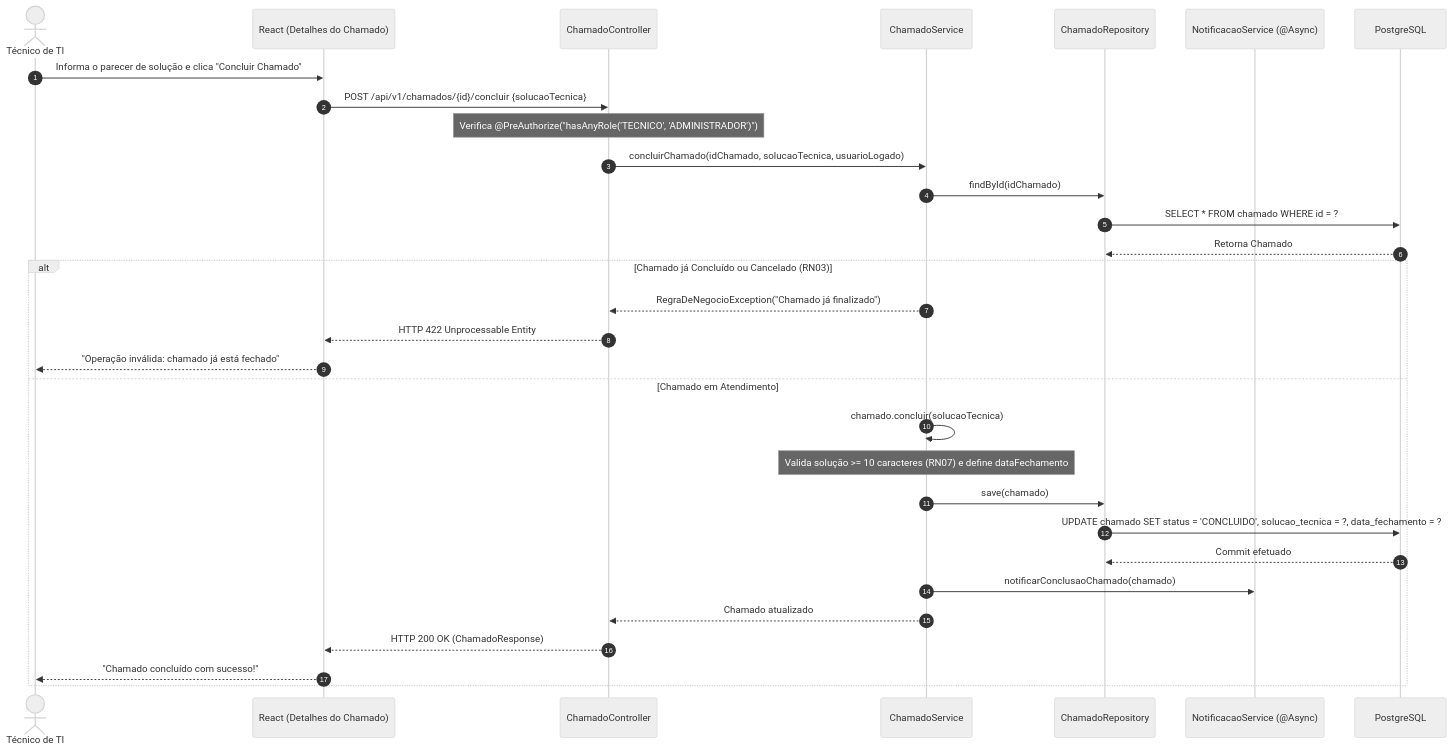
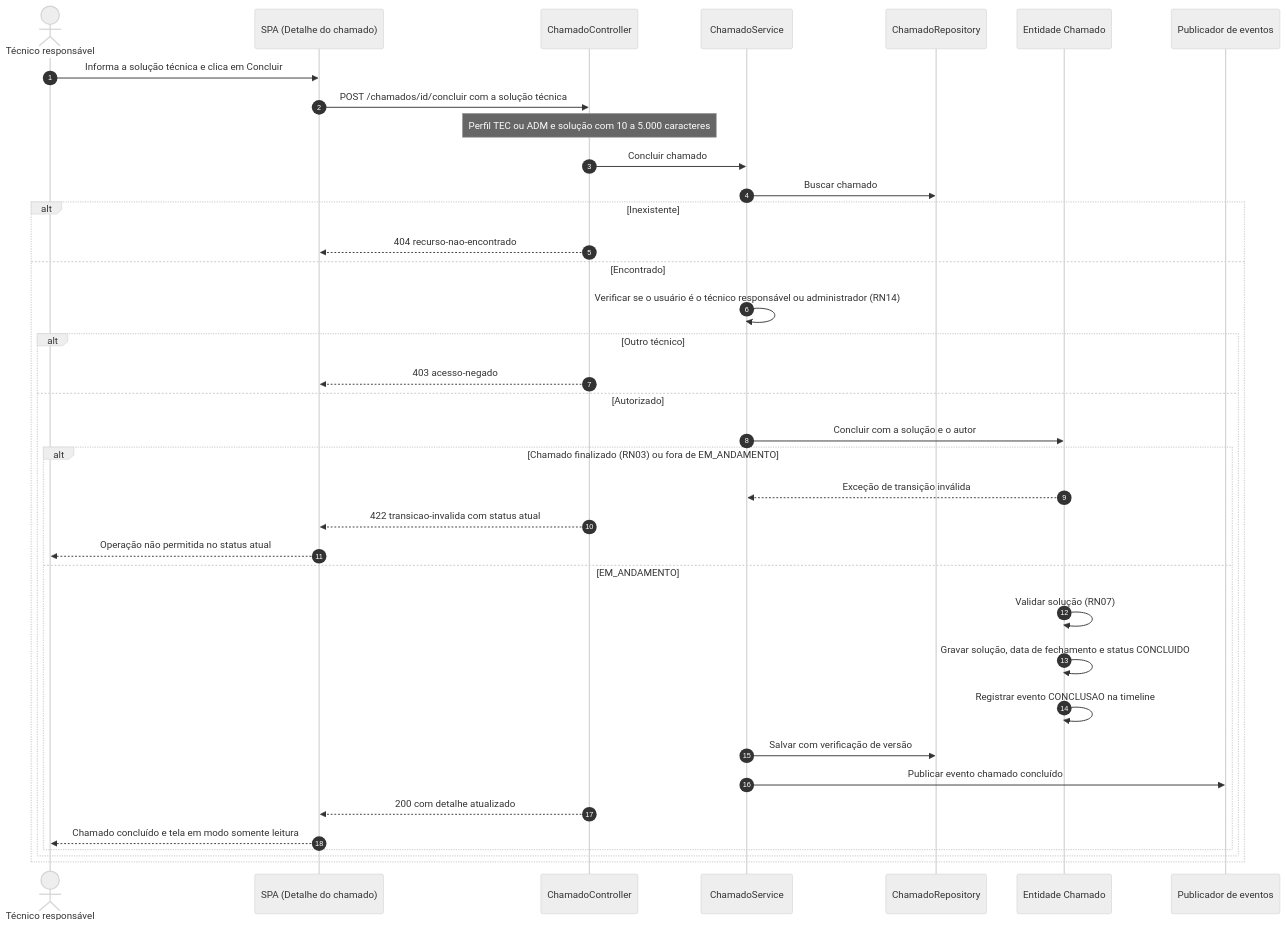
The seventh of 12 diagrams in docs/diagramas_sequencia_web.md (mateusnriy/xsolution), drawn with Mermaid (neutral theme) before and after one commit. The commit also changed other lines of this file and 3 other files, not shown here.

````diff
--- a/docs/diagramas_sequencia_web.md
+++ b/docs/diagramas_sequencia_web.md
@@ -154,39 +384,40 @@
 ```mermaid
 sequenceDiagram
     autonumber
-    actor Tecnico as Técnico de TI
-    participant React as React (Detalhes do Chamado)
-    participant ChamadoCtrl as ChamadoController
-    participant ChamadoSvc as ChamadoService
-    participant ChamadoRepo as ChamadoRepository
-    participant NotifSvc as NotificacaoService (@Async)
-    participant DB as PostgreSQL
+    actor T as Técnico responsável
+    participant SPA as SPA (Detalhe do chamado)
+    participant CC as ChamadoController
+    participant CS as ChamadoService
+    participant CR as ChamadoRepository
+    participant CH as Entidade Chamado
+    participant EV as Publicador de eventos
 
-    Tecnico->>React: Informa o parecer de solução e clica "Concluir Chamado"
-    React->>ChamadoCtrl: POST /api/v1/chamados/{id}/concluir {solucaoTecnica}
-    
-    Note over ChamadoCtrl: Verifica @PreAuthorize("hasAnyRole('TECNICO', 'ADMINISTRADOR')")
-    ChamadoCtrl->>ChamadoSvc: concluirChamado(idChamado, solucaoTecnica, usuarioLogado)
-    
-    ChamadoSvc->>ChamadoRepo: findById(idChamado)
-    ChamadoRepo->>DB: SELECT * FROM chamado WHERE id = ?
-    DB-->>ChamadoRepo: Retorna Chamado
-    
-    alt Chamado já Concluído ou Cancelado (RN03)
-        ChamadoSvc-->>ChamadoCtrl: RegraDeNegocioException("Chamado já finalizado")
-        ChamadoCtrl-->>React: HTTP 422 Unprocessable Entity
-        React-->>Tecnico: "Operação inválida: chamado já está fechado"
-    else Chamado em Atendimento
-        ChamadoSvc->>ChamadoSvc: chamado.concluir(solucaoTecnica)
-        Note over ChamadoSvc: Valida solução >= 10 caracteres (RN07) e define dataFechamento
-        
-        ChamadoSvc->>ChamadoRepo: save(chamado)
-        ChamadoRepo->>DB: UPDATE chamado SET status = 'CONCLUIDO', solucao_tecnica = ?, data_fechamento = ?
-        DB-->>ChamadoRepo: Commit efetuado
-        
-        ChamadoSvc->>NotifSvc: notificarConclusaoChamado(chamado)
-        ChamadoSvc-->>ChamadoCtrl: Chamado atualizado
-        ChamadoCtrl-->>React: HTTP 200 OK (ChamadoResponse)
-        React-->>Tecnico: "Chamado concluído com sucesso!"
+    T->>SPA: Informa a solução técnica e clica em Concluir
+    SPA->>CC: POST /chamados/id/concluir com a solução técnica
+    Note over CC: Perfil TEC ou ADM e solução com 10 a 5.000 caracteres
+    CC->>CS: Concluir chamado
+    CS->>CR: Buscar chamado
+    alt Inexistente
+        CC-->>SPA: 404 recurso-nao-encontrado
+    else Encontrado
+        CS->>CS: Verificar se o usuário é o técnico responsável ou administrador (RN14)
+        alt Outro técnico
+            CC-->>SPA: 403 acesso-negado
+        else Autorizado
+            CS->>CH: Concluir com a solução e o autor
+            alt Chamado finalizado (RN03) ou fora de EM_ANDAMENTO
+                CH-->>CS: Exceção de transição inválida
+                CC-->>SPA: 422 transicao-invalida com status atual
+                SPA-->>T: Operação não permitida no status atual
+            else EM_ANDAMENTO
+                CH->>CH: Validar solução (RN07)
+                CH->>CH: Gravar solução, data de fechamento e status CONCLUIDO
+                CH->>CH: Registrar evento CONCLUSAO na timeline
+                CS->>CR: Salvar com verificação de versão
+                CS->>EV: Publicar evento chamado concluído
+                CC-->>SPA: 200 com detalhe atualizado
+                SPA-->>T: Chamado concluído e tela em modo somente leitura
+            end
+        end
     end
 ```
````
